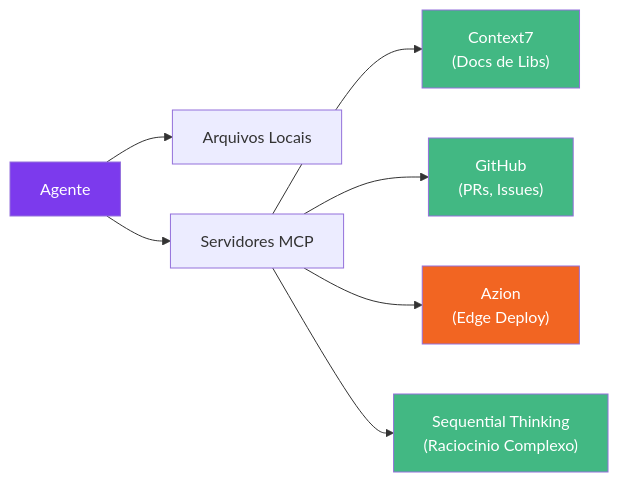
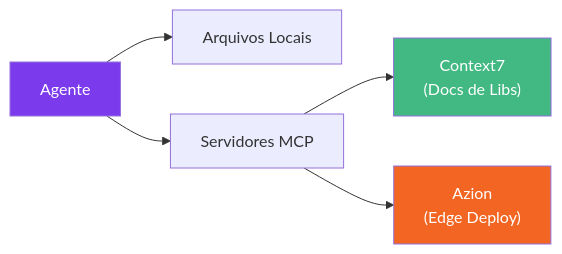
One commit to HerbertJulio/specialist-agent changed the diagram in docs/pt-BR/guide/mcp-integrations.md. Above: the diagram before and after it, drawn with Mermaid. The commit also changed other lines of this file and 8 other files, not shown here.

First line of the commit message:
feat: revise MCP integrations and add Azion Edge Mode

````diff
--- a/docs/pt-BR/guide/mcp-integrations.md
+++ b/docs/pt-BR/guide/mcp-integrations.md
@@ -14,15 +12,11 @@
 ```mermaid
 graph LR
     A["Agente"] --> B["Arquivos Locais"]
     A --> C["Servidores MCP"]
     C --> D["Context7<br/>(Docs de Libs)"]
-    C --> E["GitHub<br/>(PRs, Issues)"]
-    C --> F["Azion<br/>(Edge Deploy)"]
-    C --> G["Sequential Thinking<br/>(Raciocinio Complexo)"]
+    C --> E["Azion<br/>(Edge Deploy)"]
 
     style A fill:#7c3aed,color:#fff
     style D fill:#42b883,color:#fff
-    style E fill:#42b883,color:#fff
-    style F fill:#F26522,color:#fff
-    style G fill:#42b883,color:#fff
+    style E fill:#F26522,color:#fff
 ```
````
